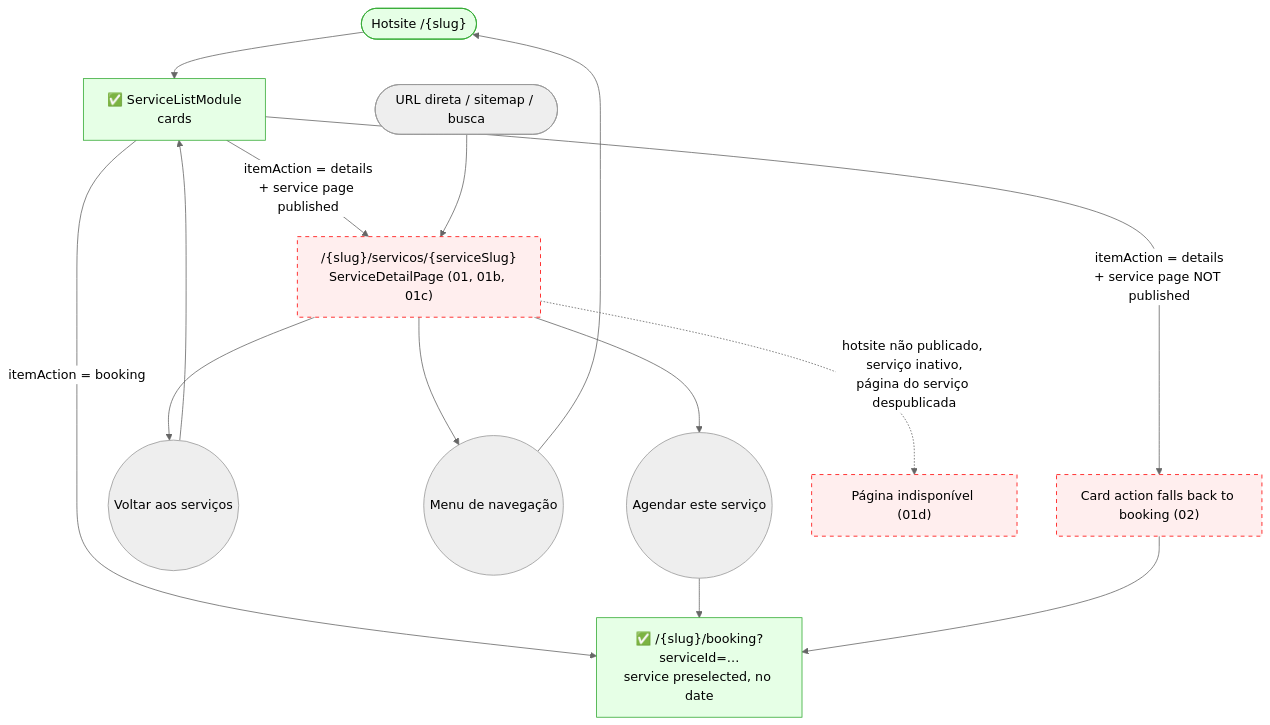
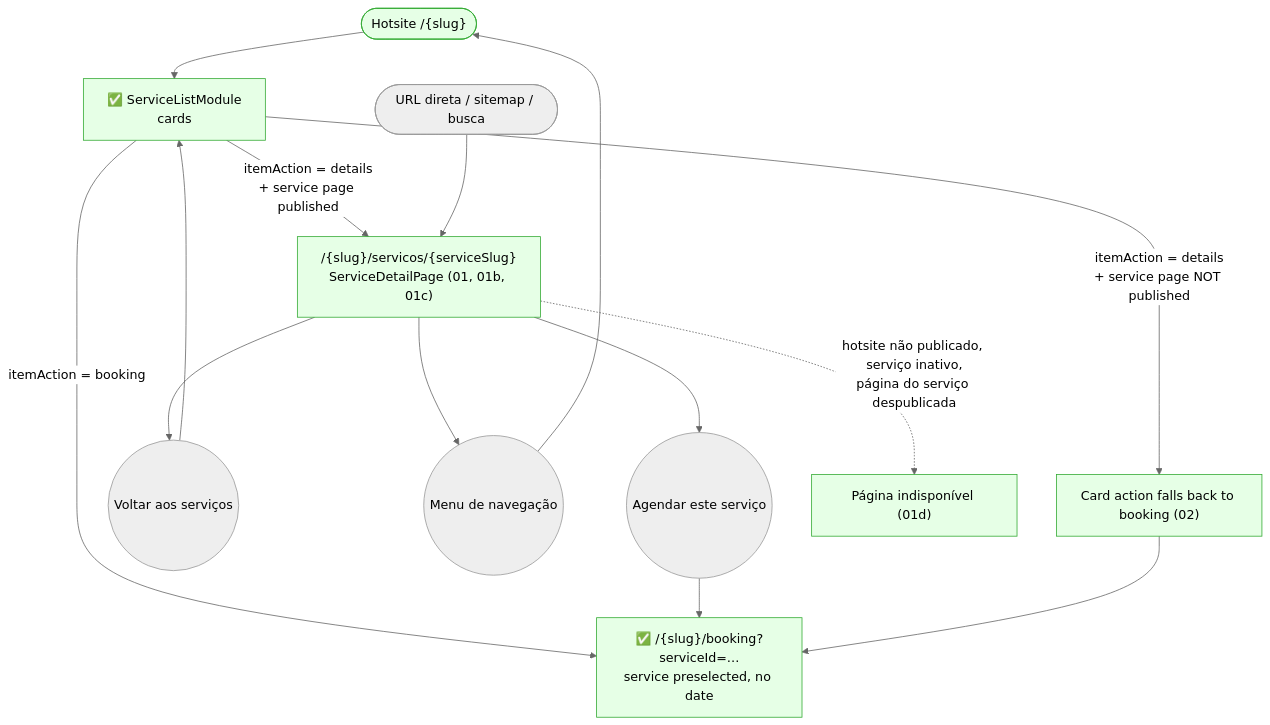
Before and after one commit to lmmoreira/ikaro: the diagram in journeys/guest/service-detail.md, drawn with Mermaid (neutral theme). The commit also changed other lines of this file and 130 other files, not shown here.

First line of the commit message:
feat(booking): service public page with publish switch, own tab and branded detail route (TD56-S03) (#661)

````diff
--- a/journeys/guest/service-detail.md
+++ b/journeys/guest/service-detail.md
@@ -10,20 +10,20 @@
 ```mermaid
 flowchart TD
     classDef existing fill:#e6ffe6,stroke:#3a3
     classDef gap stroke:#f00,stroke-dasharray: 5 5,fill:#fee
 
     Home(["Hotsite /{slug}"]) --> ServiceList["✅ ServiceListModule<br/>cards"]
     ServiceList -- "itemAction = details<br/>+ service page published" --> Detail["/{slug}/servicos/{serviceSlug}<br/>ServiceDetailPage (01, 01b, 01c)"]
     ServiceList -- "itemAction = details<br/>+ service page NOT published" --> BookingFallback["Card action falls back to booking (02)"]
     ServiceList -- "itemAction = booking" --> Booking
     Detail --> Back(("Voltar aos serviços")) --> ServiceList
     Detail --> Nav(("Menu de navegação")) --> Home
     Detail --> Cta(("Agendar este serviço"))
     Cta --> Booking["✅ /{slug}/booking?serviceId=…<br/>service preselected, no date"]
     BookingFallback --> Booking
     Direct(["URL direta / sitemap / busca"]) --> Detail
     Detail -. "hotsite não publicado, serviço inativo,<br/>página do serviço despublicada" .-> NotFound["Página indisponível (01d)"]
 
     class Home,ServiceList,Booking existing
-    class Detail,BookingFallback,NotFound gap
+    class Detail,BookingFallback,NotFound existing
 ```
````
